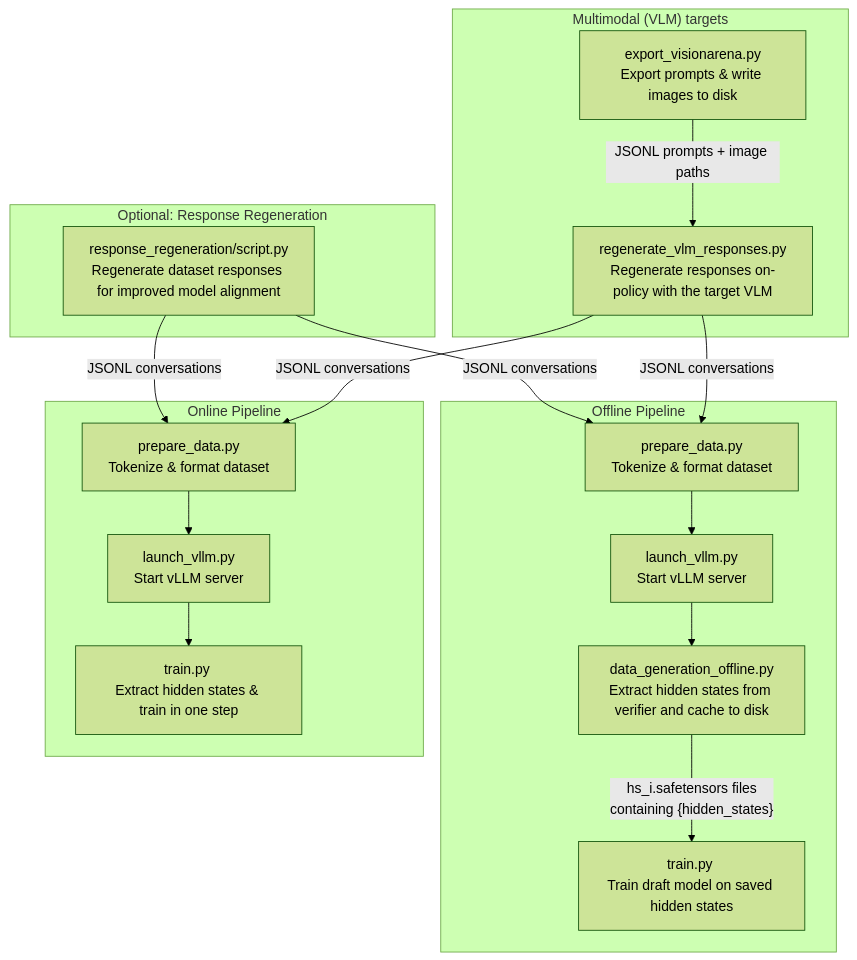
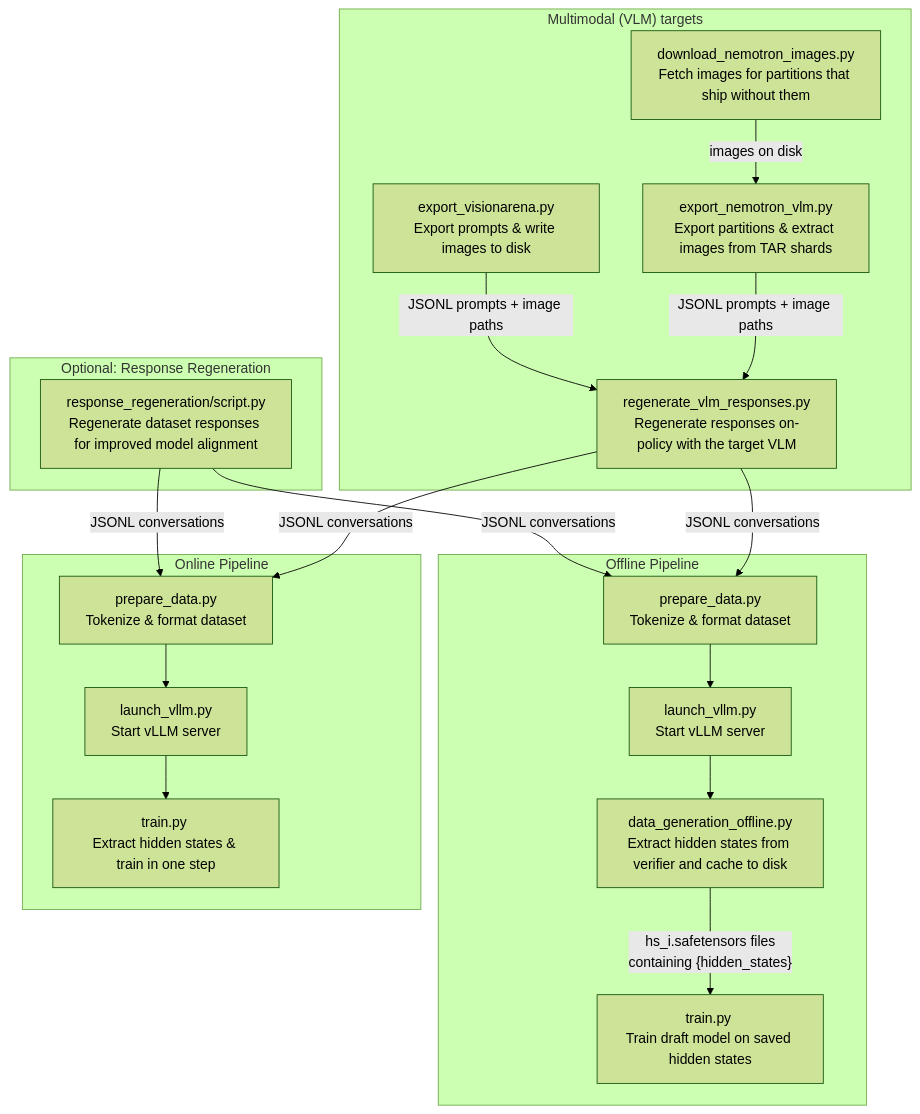
One commit to johncalesp/speculators changed the diagram in docs/cli/index.md. Above: the diagram before and after it, drawn with Mermaid (forest theme). The commit also changed other lines of this file and 6 other files, not shown here.

````diff
--- a/docs/cli/index.md
+++ b/docs/cli/index.md
@@ -23,43 +25,48 @@
 ```mermaid
 flowchart TD
     subgraph optional ["Optional: Response Regeneration"]
         A["response_regeneration/script.py\nRegenerate dataset responses for improved model alignment"]
     end
 
     subgraph vlm ["Multimodal (VLM) targets"]
         V1["export_visionarena.py\nExport prompts & write images to disk"]
+        V3["export_nemotron_vlm.py\nExport partitions & extract images from TAR shards"]
+        V4["download_nemotron_images.py\nFetch images for partitions that ship without them"]
         V2["regenerate_vlm_responses.py\nRegenerate responses on-policy with the target VLM"]
+        V4 -- "images on disk" --> V3
         V1 -- "JSONL prompts + image paths" --> V2
+        V3 -- "JSONL prompts + image paths" --> V2
     end
 
     subgraph offline ["Offline Pipeline"]
         B["prepare_data.py\nTokenize & format dataset"]
         C["launch_vllm.py\nStart vLLM server"]
         D["data_generation_offline.py\nExtract hidden states from verifier and cache to disk"]
         E["train.py \nTrain draft model on saved hidden states"]
     end
 
     subgraph online ["Online Pipeline"]
         F["prepare_data.py\nTokenize & format dataset"]
         G["launch_vllm.py\nStart vLLM server"]
         H["train.py \nExtract hidden states & train in one step"]
     end
 
     A -- "JSONL conversations" --> B
     A -- "JSONL conversations" --> F
     V2 -- "JSONL conversations" --> B
     V2 -- "JSONL conversations" --> F
     B --> C --> D -- "hs_i.safetensors files\ncontaining {hidden_states}" --> E
     F --> G --> H
 
     click B "prepare_data/" _self
     click F "prepare_data/" _self
     click C "launch_vllm/" _self
     click G "launch_vllm/" _self
     click D "data_generation_offline/" _self
     click E "train/" _self
     click A "response_regeneration/" _self
     click H "train/" _self
     click V1 "vlm_data/" _self
     click V2 "vlm_data/" _self
+    click V3 "vlm_data/" _self
 ```
````
